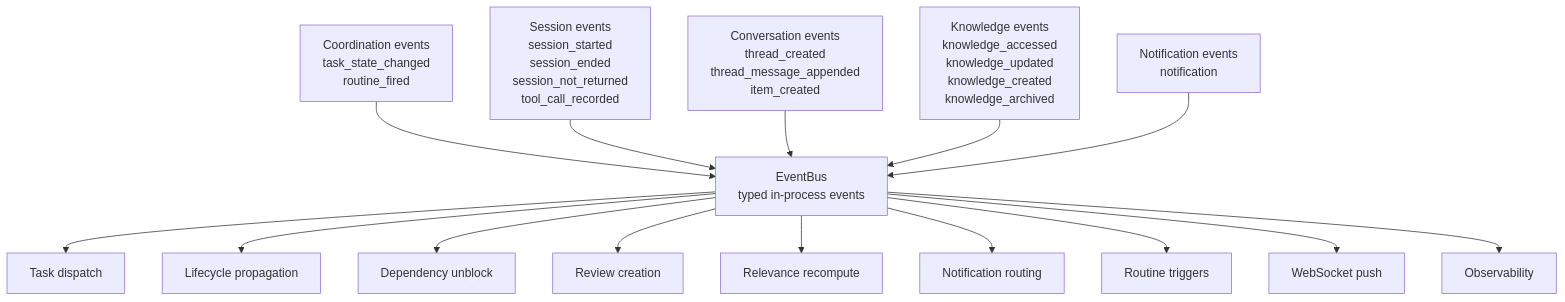
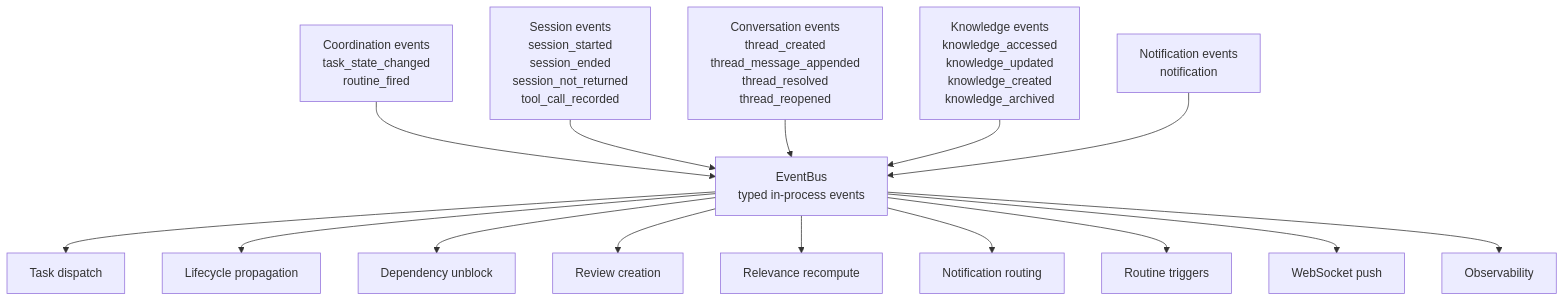
Before and after one commit to idle-builders/hyperidle: diagram 11 of 12 in docs/architecture/as-implemented-domain-architecture.md, drawn with Mermaid. The commit also changed other lines of this file and 491 other files, not shown here.

````diff
--- a/docs/architecture/as-implemented-domain-architecture.md
+++ b/docs/architecture/as-implemented-domain-architecture.md
@@ -328,20 +322,20 @@
 ```mermaid
 flowchart TB
   EventBus["EventBus\ntyped in-process events"]
 
   CoordinationEvents["Coordination events\ntask_state_changed\nroutine_fired"] --> EventBus
   SessionEvents["Session events\nsession_started\nsession_ended\nsession_not_returned\ntool_call_recorded"] --> EventBus
-  ConversationEvents["Conversation events\nthread_created\nthread_message_appended\nitem_created"] --> EventBus
+  ConversationEvents["Conversation events\nthread_created\nthread_message_appended\nthread_resolved\nthread_reopened"] --> EventBus
   KnowledgeEvents["Knowledge events\nknowledge_accessed\nknowledge_updated\nknowledge_created\nknowledge_archived"] --> EventBus
   NotificationEvents["Notification events\nnotification"] --> EventBus
 
   EventBus --> TaskDispatch["Task dispatch"]
   EventBus --> Lifecycle["Lifecycle propagation"]
   EventBus --> Dependency["Dependency unblock"]
   EventBus --> ReviewCreation["Review creation"]
   EventBus --> Relevance["Relevance recompute"]
   EventBus --> Notifications["Notification routing"]
   EventBus --> Routines["Routine triggers"]
   EventBus --> Push["WebSocket push"]
   EventBus --> Observability["Observability"]
 ```
````
